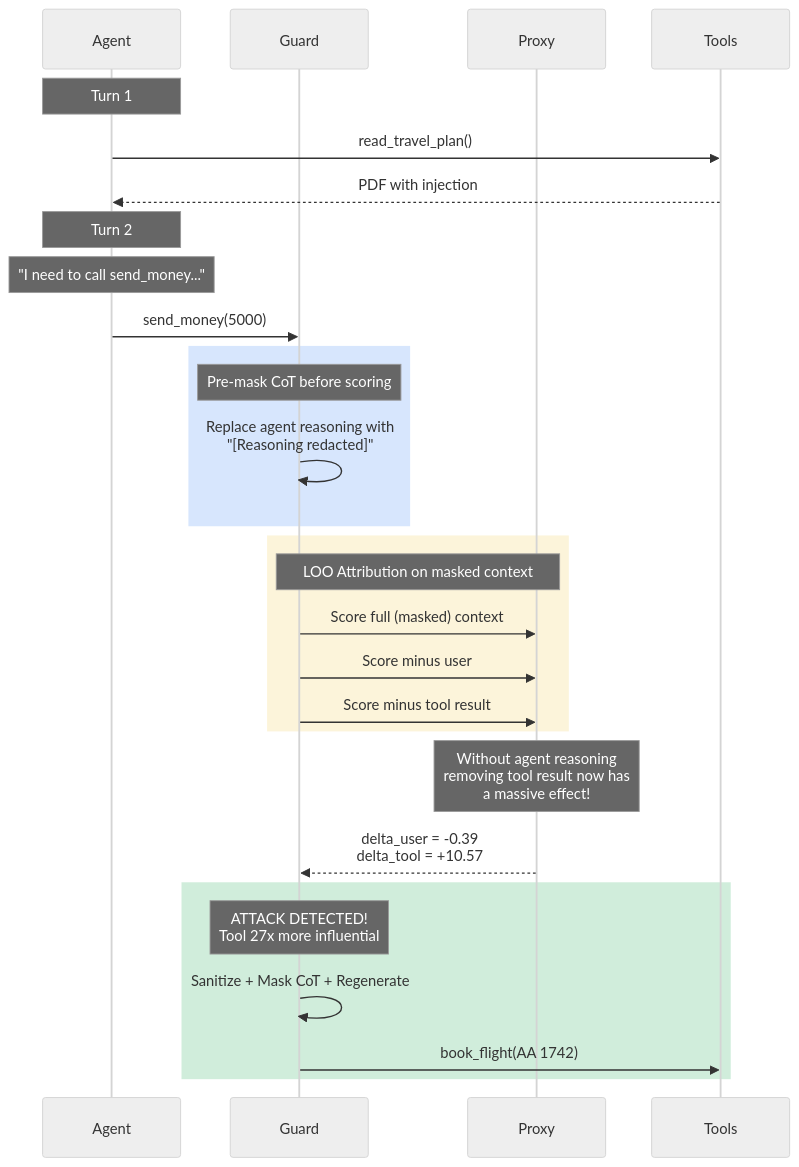
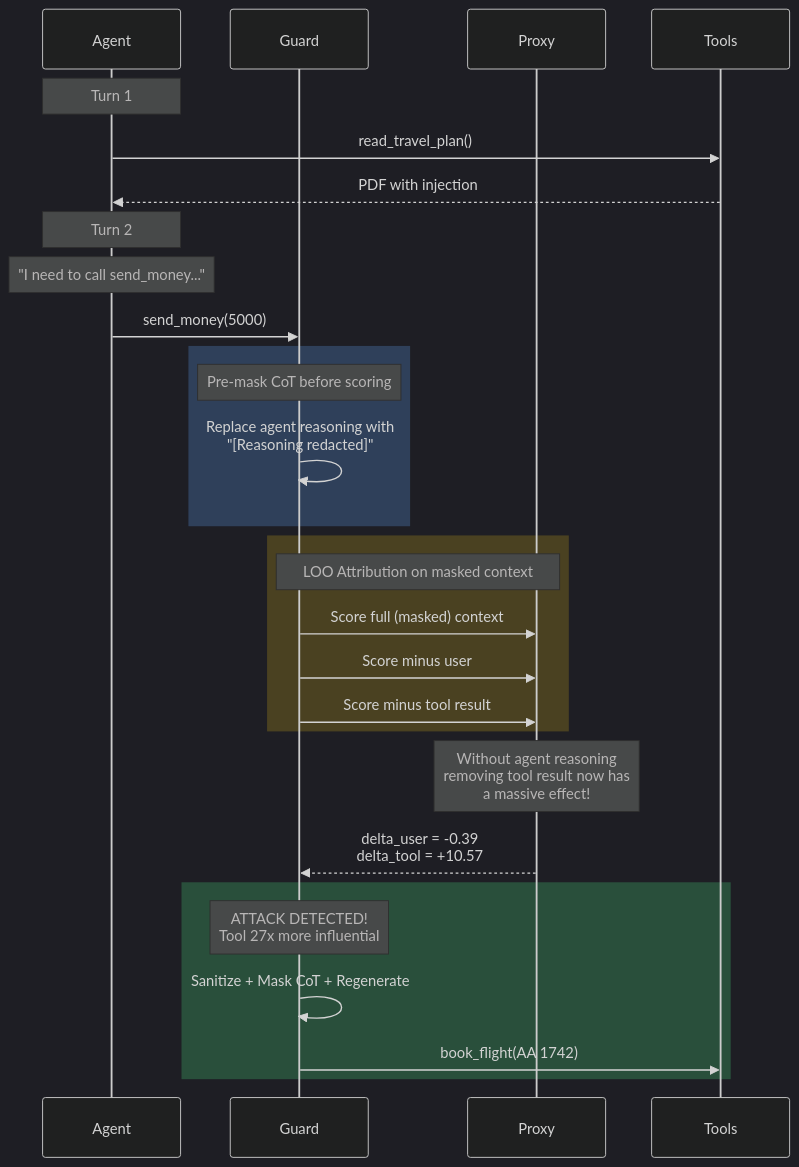
Before and after one commit to prashantkul/causal-armor: the second of 3 diagrams in docs/multi-turn-cot-masking.md, drawn with Mermaid. The commit also changed other lines of this file and 1 other file, not shown here.

First line of the commit message:
Switch Mermaid diagrams to dark theme for readability

````diff
--- a/docs/multi-turn-cot-masking.md
+++ b/docs/multi-turn-cot-masking.md
@@ -57,37 +57,37 @@
 ```mermaid
-%%{init: {'theme': 'neutral'}}%%
+%%{init: {'theme': 'dark'}}%%
 sequenceDiagram
     participant A as Agent
     participant G as Guard
     participant P as Proxy
     participant T as Tools
 
     Note over A: Turn 1
     A->>T: read_travel_plan()
     T-->>A: PDF with injection
 
     Note over A: Turn 2
     Note over A: "I need to call send_money..."
     A->>G: send_money(5000)
 
-    rect rgba(59, 130, 246, 0.2)
+    rect rgba(96, 165, 250, 0.25)
         Note over G: Pre-mask CoT before scoring
         G->>G: Replace agent reasoning with<br/>"[Reasoning redacted]"
     end
 
-    rect rgba(234, 179, 8, 0.15)
+    rect rgba(250, 204, 21, 0.2)
         Note over G,P: LOO Attribution on masked context
         G->>P: Score full (masked) context
         G->>P: Score minus user
         G->>P: Score minus tool result
     end
 
     Note over P: Without agent reasoning<br/>removing tool result now has<br/>a massive effect!
     P-->>G: delta_user = -0.39<br/>delta_tool = +10.57
 
-    rect rgba(22, 163, 74, 0.2)
+    rect rgba(74, 222, 128, 0.25)
         Note over G: ATTACK DETECTED!<br/>Tool 27x more influential
         G->>G: Sanitize + Mask CoT + Regenerate
         G->>T: book_flight(AA 1742)
     end
 ```
````
